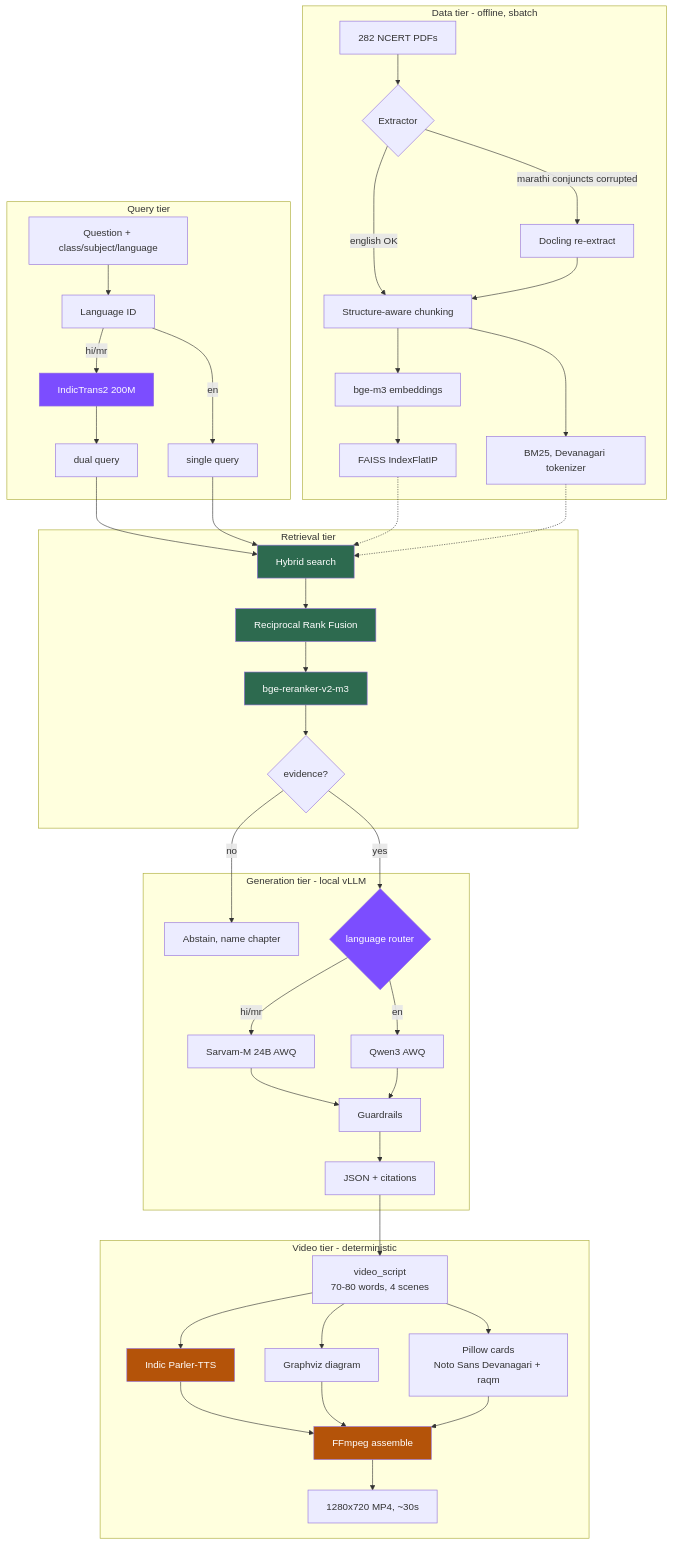
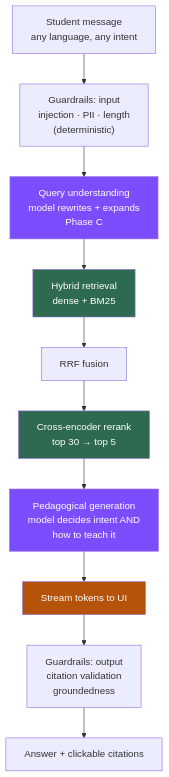
One commit to Aditya08Vashisht/AI_Story_Writer changed the diagram in plan.md. Above: the diagram before and after it, drawn with Mermaid. The commit also changed other lines of this file and 4 other files, not shown here.

First line of the commit message:
feat: teach properly, and stream it (plan Phases A + B)

````diff
--- a/plan.md
+++ b/plan.md
@@ -60,59 +68,18 @@
 ```mermaid
 flowchart TD
-    subgraph Data["Data tier - offline, sbatch"]
-        PDF["282 NCERT PDFs"] --> EXT{"Extractor"}
-        EXT -->|"english OK"| CHK
-        EXT -->|"marathi conjuncts corrupted"| DOC["Docling re-extract"]
-        DOC --> CHK["Structure-aware chunking"]
-        CHK --> EMB["bge-m3 embeddings"]
-        CHK --> BM["BM25, Devanagari tokenizer"]
-        EMB --> FA["FAISS IndexFlatIP"]
-    end
+    Q["Student message<br/>any language, any intent"] --> GI["Guardrails: input<br/>injection · PII · length<br/>(deterministic)"]
+    GI --> QU["Query understanding<br/>model rewrites + expands<br/>Phase C"]
+    QU --> HY["Hybrid retrieval<br/>dense + BM25"]
+    HY --> RRF["RRF fusion"]
+    RRF --> RR["Cross-encoder rerank<br/>top 30 → top 5"]
+    RR --> GEN["Pedagogical generation<br/>model decides intent AND<br/>how to teach it"]
+    GEN --> ST["Stream tokens to UI"]
+    ST --> GO["Guardrails: output<br/>citation validation<br/>groundedness"]
+    GO --> UI["Answer + clickable citations"]
 
-    subgraph Query["Query tier"]
-        Q["Question + class/subject/language"] --> LID["Language ID"]
-        LID -->|"hi/mr"| TR["IndicTrans2 200M"]
-        LID -->|"en"| SG["single query"]
-        TR --> DU["dual query"]
-    end
-
-    subgraph Ret["Retrieval tier"]
-        DU --> HY["Hybrid search"]
-        SG --> HY
-        HY --> RRF["Reciprocal Rank Fusion"]
-        RRF --> RR["bge-reranker-v2-m3"]
-        RR --> GT{"evidence?"}
-    end
-
-    subgraph Gen["Generation tier - local vLLM"]
-        GT -->|"no"| AB["Abstain, name chapter"]
-        GT -->|"yes"| RO{"language router"}
-        RO -->|"hi/mr"| SV["Sarvam-M 24B AWQ"]
-        RO -->|"en"| QW["Qwen3 AWQ"]
-        SV --> GU["Guardrails"]
-        QW --> GU
-        GU --> RS["JSON + citations"]
-    end
-
-    subgraph Vid["Video tier - deterministic"]
-        RS --> VS["video_script<br/>70-80 words, 4 scenes"]
-        VS --> TTS["Indic Parler-TTS"]
-        VS --> DG["Graphviz diagram"]
-        VS --> PC["Pillow cards<br/>Noto Sans Devanagari + raqm"]
-        TTS --> FF["FFmpeg assemble"]
-        DG --> FF
-        PC --> FF
-        FF --> MP4["1280x720 MP4, ~30s"]
-    end
-
-    FA -.-> HY
-    BM -.-> HY
-
+    style GEN fill:#7c4dff,color:#fff
+    style ST fill:#b45309,color:#fff
+    style QU fill:#7c4dff,color:#fff
     style HY fill:#2d6a4f,color:#fff
-    style RRF fill:#2d6a4f,color:#fff
     style RR fill:#2d6a4f,color:#fff
-    style TR fill:#7c4dff,color:#fff
-    style RO fill:#7c4dff,color:#fff
-    style TTS fill:#b45309,color:#fff
-    style FF fill:#b45309,color:#fff
 ```
````
